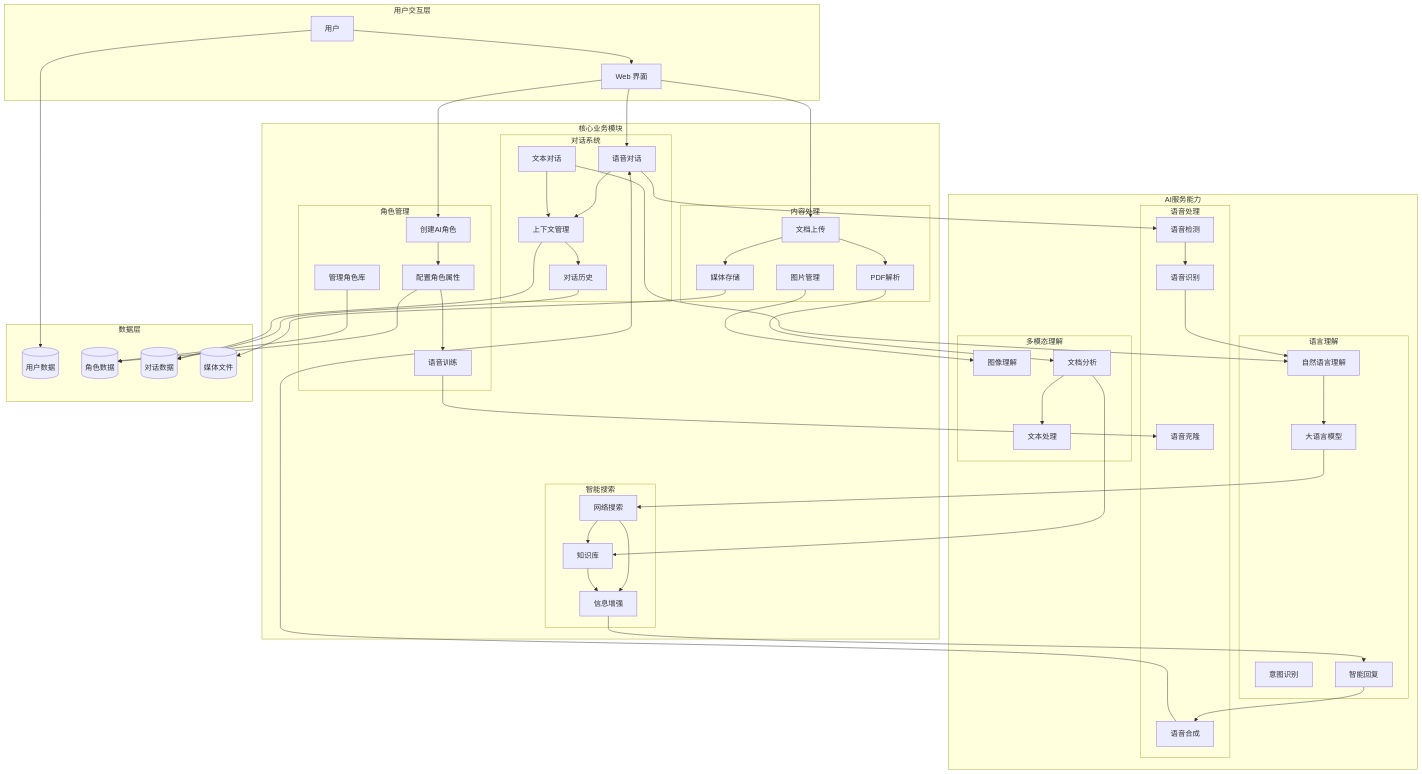
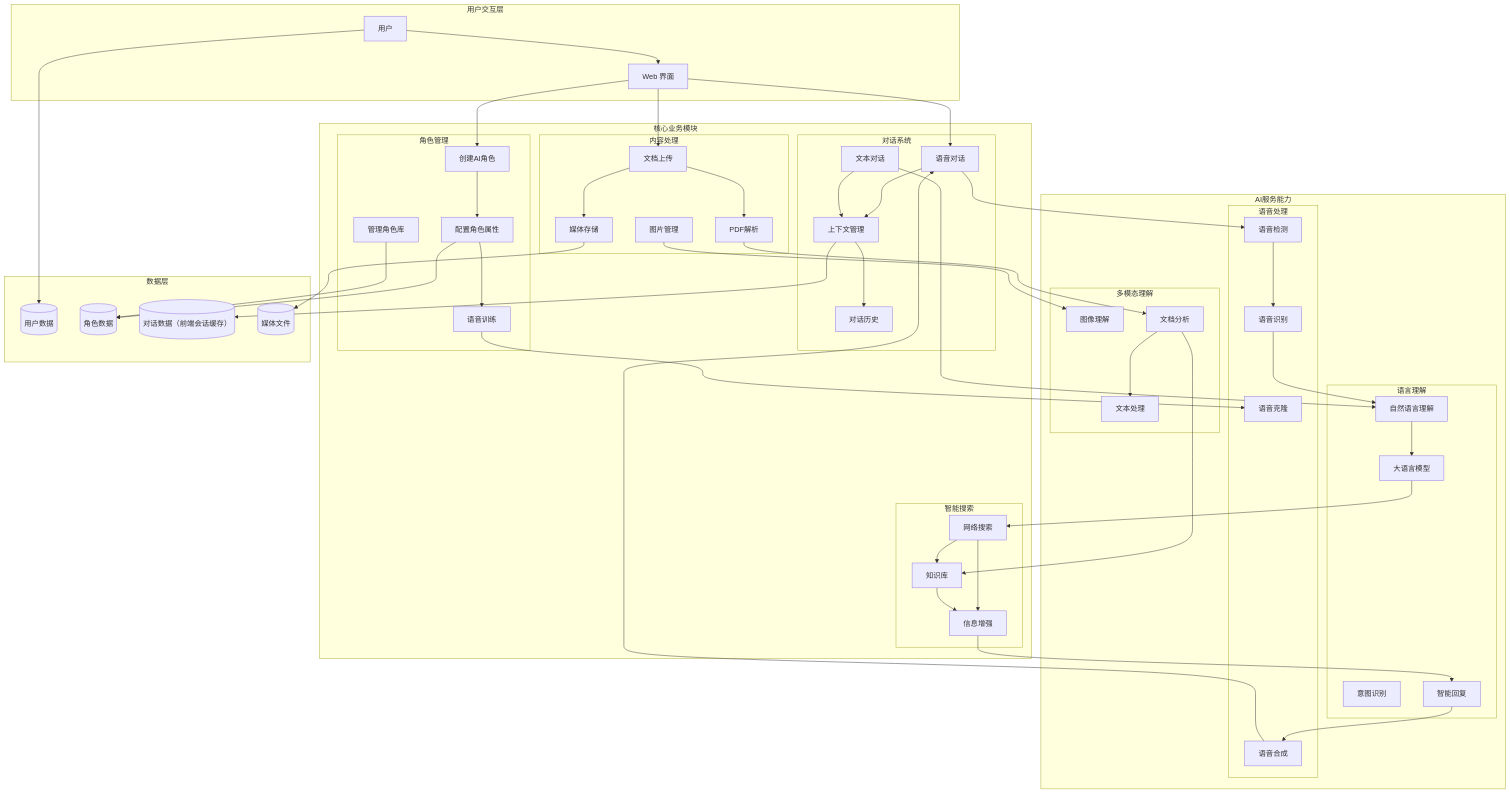
Before and after one commit to CORCTON/EchoMe: the fourth of 4 diagrams in README.md, drawn with Mermaid. The commit also changed other lines of this file, not shown here.

```diff
--- a/README.md
+++ b/README.md
@@ -288,7 +288,7 @@
     subgraph "数据层"
         USER_DATA[(用户数据)]
         CHAR_DATA[(角色数据)]
-        CONV_DATA[(对话数据)]
+        CONV_DATA[(对话数据（前端会话缓存）)]
         MEDIA_DATA[(媒体文件)]
     end
     
@@ -320,7 +320,6 @@
     VOICE_CHAT --> CONTEXT_MGT
     TEXT_CHAT --> CONTEXT_MGT
     CONTEXT_MGT --> HISTORY
-    HISTORY --> CONV_DATA
     
     %% 内容处理业务流程
     DOC_UPLOAD --> PDF_PARSE
```
